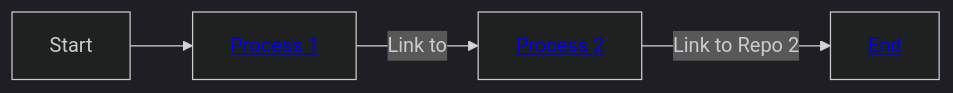
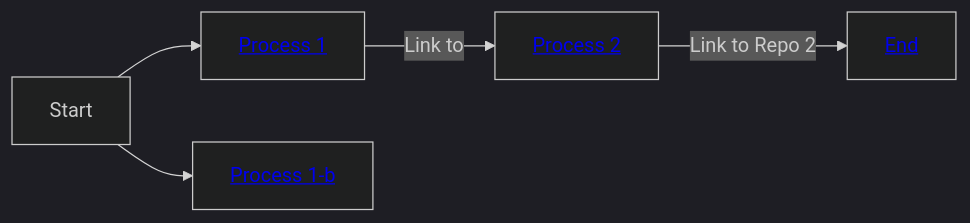
Before and after one commit to AlaaDiab7/Mermaid-examples: the first of 4 diagrams in workflow-a-b-c-d.md, drawn with Mermaid (dark theme).

````diff
--- a/workflow-a-b-c-d.md
+++ b/workflow-a-b-c-d.md
@@ -4,6 +4,8 @@
 ```mermaid
 graph LR;
-    A[Start] --> B[<a href='http://github.com/AlaaDiab7'>Process 1</a>] ;
+    A[Start] --> B[<a href='http://github.com/AlaaDiab7'>Process 1-a</a>] ;
+    A[Start] --> E[<a href='http://github.com/AlaaDiab7'>Process 1-b</a>] ;
+
     B[<a href='http://github.com/AlaaDiab7'>Process 1</a>]-->|Link to | C[<a href='http://github.com/wepe/MachineLearning'>Process 2</a>];
     C[<a href='http://github.com/wepe/MachineLearning'>Process 2</a>] -->|Link to Repo 2| D[<a href='http://google.com'>End</a>];
 ```
````
